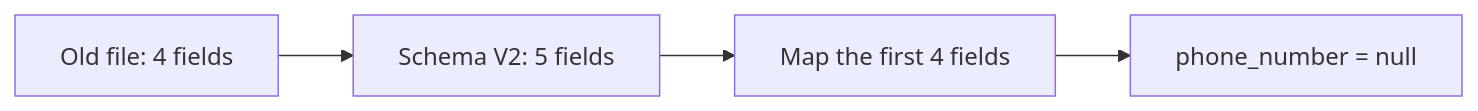
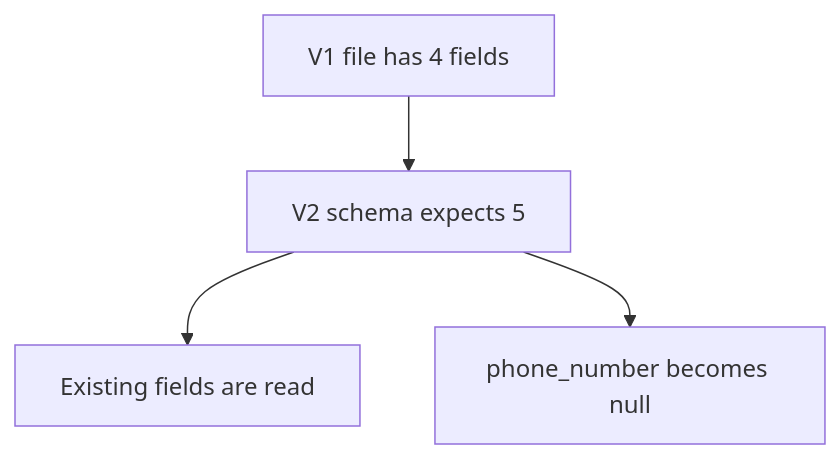
The seventh of 15 diagrams in 03_file_based_ingestion/session_4/customer_schema_evolution/customer_schema_evolution_notes.md (tg117official/databricks-hands-on-tg117-pst), drawn with Mermaid before and after one commit. The commit also changed other lines of this file and 4 other files, not shown here.

Commit message:
added schema evolution scenarios problem solution approach

````diff
--- a/03_file_based_ingestion/session_4/customer_schema_evolution/customer_schema_evolution_notes.md
+++ b/03_file_based_ingestion/session_4/customer_schema_evolution/customer_schema_evolution_notes.md
@@ -525,6 +365,6 @@
 ```mermaid
-flowchart LR
-    A[Old file: 4 fields] --> B[Schema V2: 5 fields]
-    B --> C[Map the first 4 fields]
-    C --> D[phone_number = null]
+flowchart TD
+    A[V1 file has 4 fields] --> B[V2 schema expects 5]
+    B --> C[Existing fields are read]
+    B --> D[phone_number becomes null]
 ```
````
